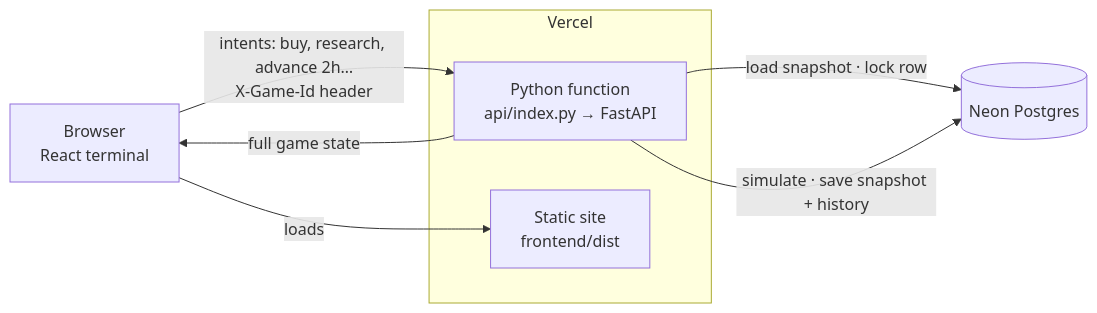
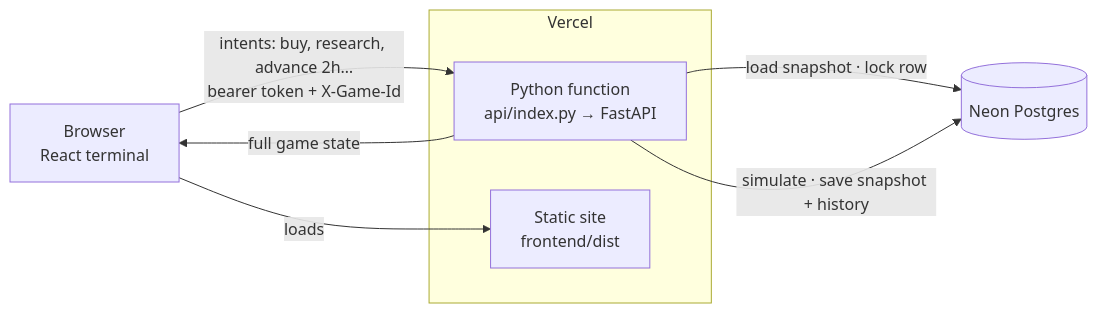
Before and after one commit to sagnik5549/FinSim: the diagram in README.md, drawn with Mermaid. The commit also changed other lines of this file and 20 other files, not shown here.

````diff
--- a/README.md
+++ b/README.md
@@ -50,12 +52,12 @@
 ```mermaid
 flowchart LR
-    B[Browser<br/>React terminal] -- "intents: buy, research, advance 2h…<br/>X-Game-Id header" --> F
+    B[Browser<br/>React terminal] -- "intents: buy, research, advance 2h…<br/>bearer token + X-Game-Id" --> F
     subgraph Vercel
       S[Static site<br/>frontend/dist]
       F[Python function<br/>api/index.py → FastAPI]
     end
     B -- loads --> S
     F -- "load snapshot · lock row" --> P[(Neon Postgres)]
     F -- "simulate · save snapshot + history" --> P
     F -- "full game state" --> B
 ```
````
